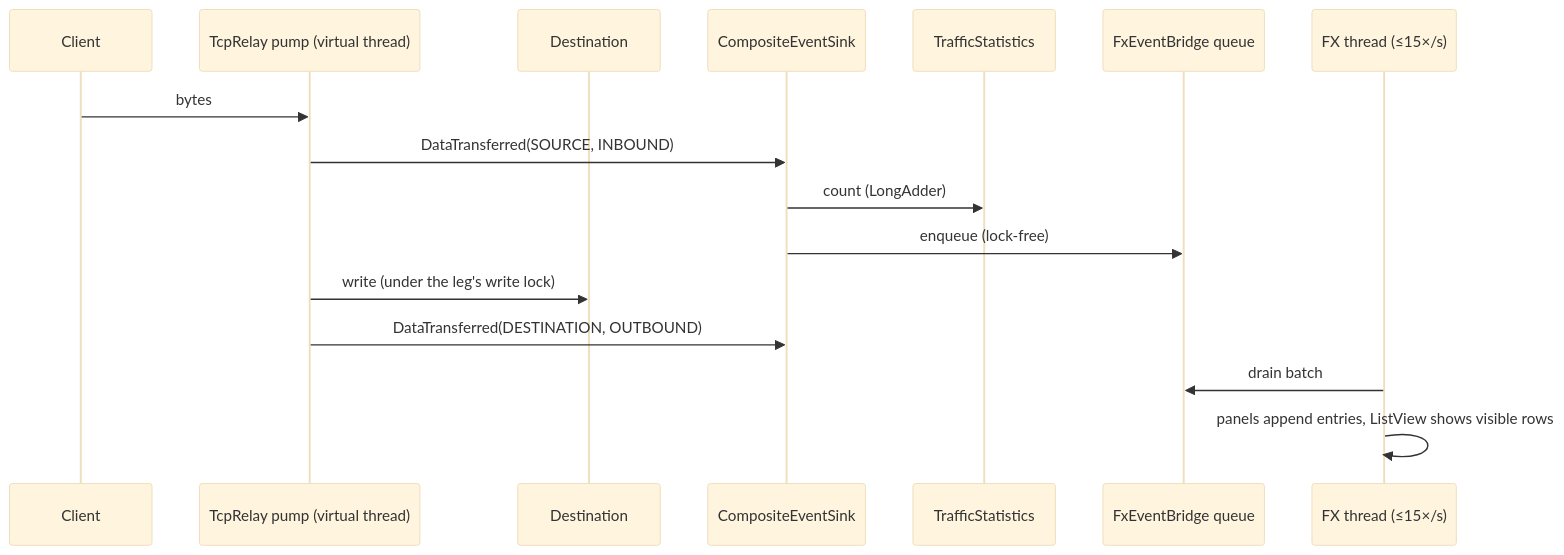
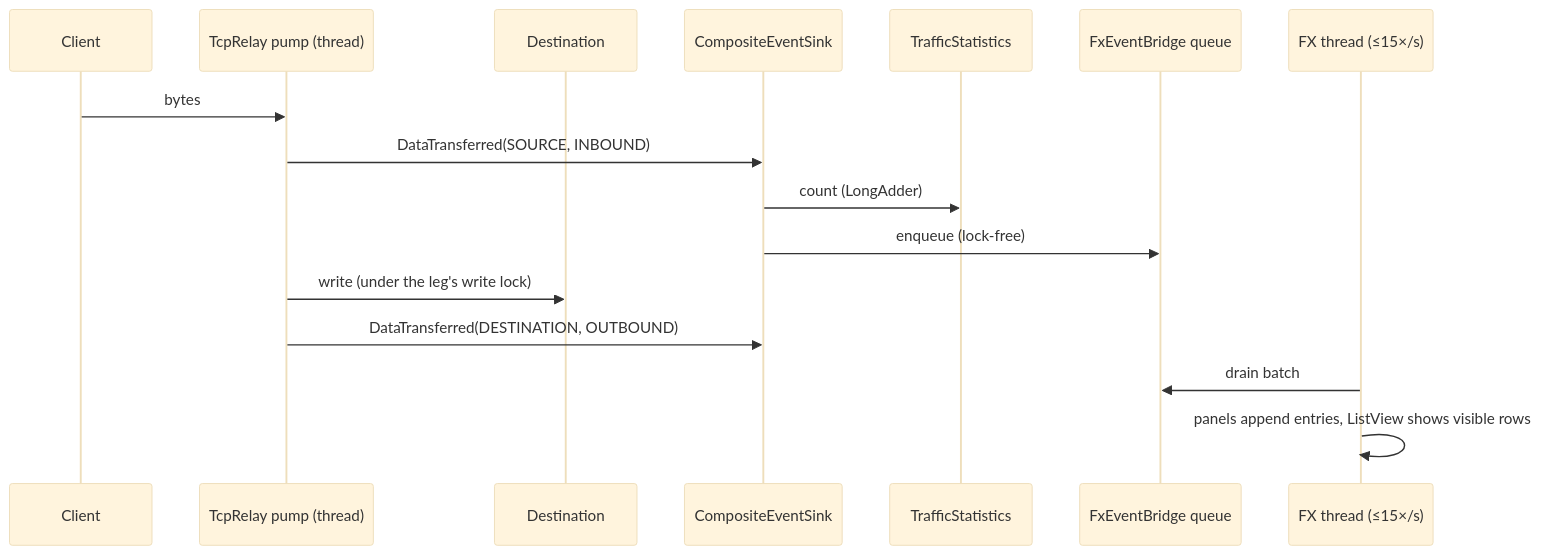
Before and after one commit to Mr-Alireza82/WireLens: the second of 2 diagrams in docs/ARCHITECTURE.md, drawn with Mermaid (base theme). The commit also changed other lines of this file and 5 other files, not shown here.

````diff
--- a/docs/ARCHITECTURE.md
+++ b/docs/ARCHITECTURE.md
@@ -67,19 +67,19 @@
 ```mermaid
 sequenceDiagram
     participant C as Client
-    participant P as TcpRelay pump (virtual thread)
+    participant P as TcpRelay pump (thread)
     participant D as Destination
     participant S as CompositeEventSink
     participant St as TrafficStatistics
     participant B as FxEventBridge queue
     participant UI as FX thread (≤15×/s)
 
     C->>P: bytes
     P->>S: DataTransferred(SOURCE, INBOUND)
     S->>St: count (LongAdder)
     S->>B: enqueue (lock-free)
     P->>D: write (under the leg's write lock)
     P->>S: DataTransferred(DESTINATION, OUTBOUND)
     UI->>B: drain batch
     UI->>UI: panels append entries, ListView shows visible rows
 ```
````
